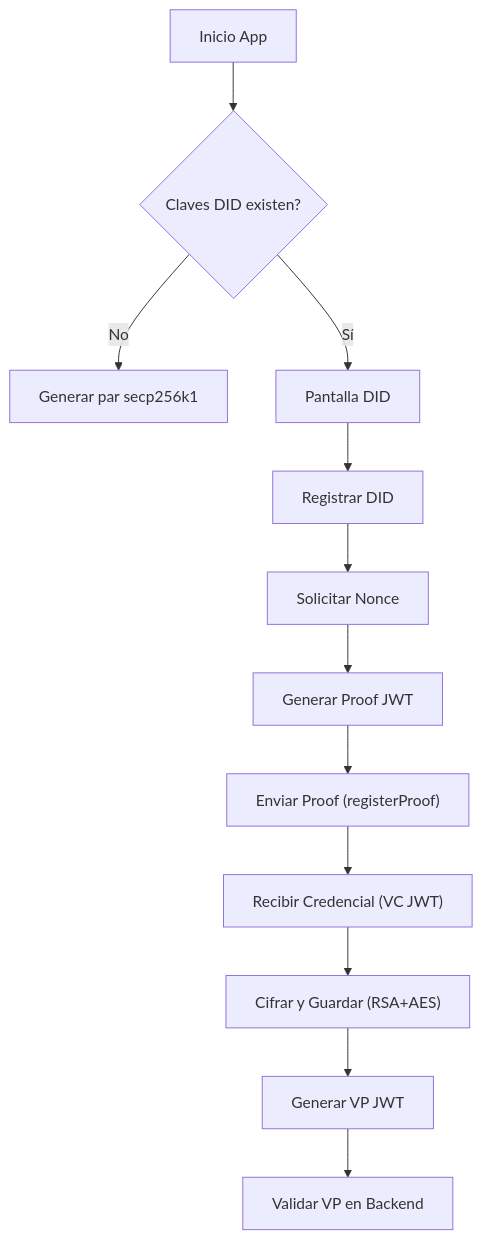
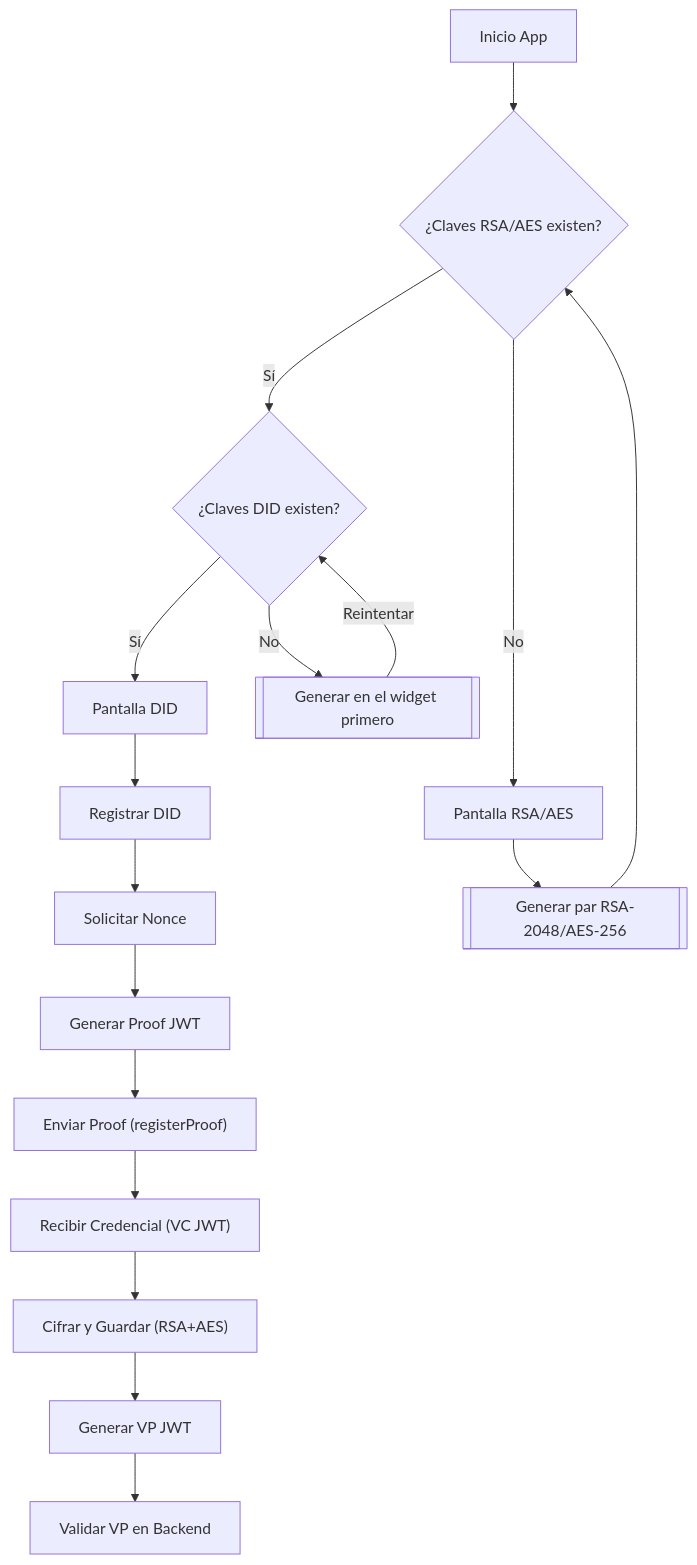
One commit to tohure/DID-Blockchainless-demo changed the diagram in README.md. Above: the diagram before and after it, drawn with Mermaid. The commit also changed 2 other files, not shown here.

Commit message:
refactor: update mermaid readme

````diff
--- a/README.md
+++ b/README.md
@@ -44,15 +44,21 @@
 ```mermaid
 graph TD
-    A[Inicio App] --> B{Claves DID existen?}
-    B -- No --> C["Generar par secp256k1"]
-    B -- Sí --> D[Pantalla DID]
+    A[Inicio App] --> B{¿Claves RSA/AES existen?}
+    B --> |Sí| C{¿Claves DID existen?}
+    B ---->|No| D["Pantalla RSA/AES"]
+    D --> E@{ shape: subproc, label: "Generar par RSA-2048/AES-256" }
+    E --> B
     
-    D --> E[Registrar DID]
-    E --> F[Solicitar Nonce]
-    F --> G[Generar Proof JWT]
-    G --> H["Enviar Proof (registerProof)"]
-    H --> I["Recibir Credencial (VC JWT)"]
-    I --> J["Cifrar y Guardar (RSA+AES)"]
-    J --> K["Generar VP JWT"]
-    K --> L["Validar VP en Backend"]
+    C --> |Sí| F[Pantalla DID]
+    C --> |No| G@{shape: subproc, label: "Generar en el widget primero"}
+    G --> |Reintentar| C
+    
+    F --> H[Registrar DID]
+    H --> I[Solicitar Nonce]
+    I --> J[Generar Proof JWT]
+    J --> K["Enviar Proof (registerProof)"]
+    K --> L["Recibir Credencial (VC JWT)"]
+    L --> M["Cifrar y Guardar (RSA+AES)"]
+    M --> N["Generar VP JWT"]
+    N --> O["Validar VP en Backend"]
 ```
````
